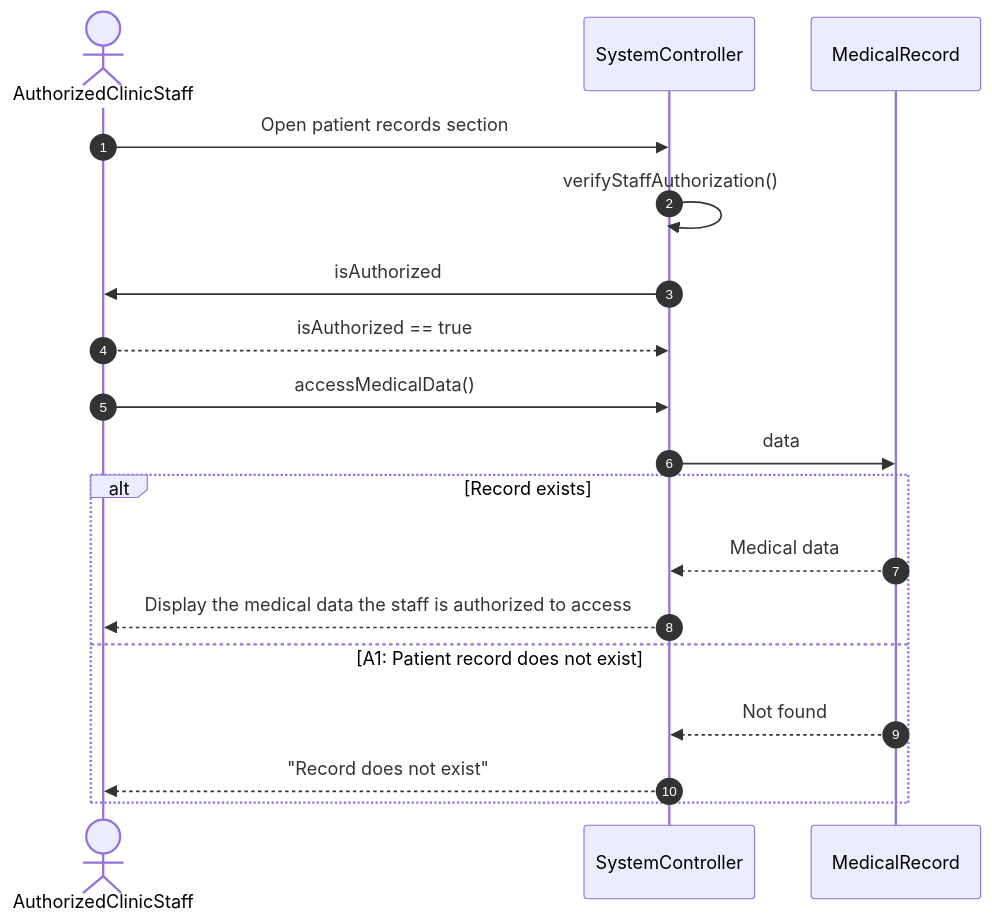
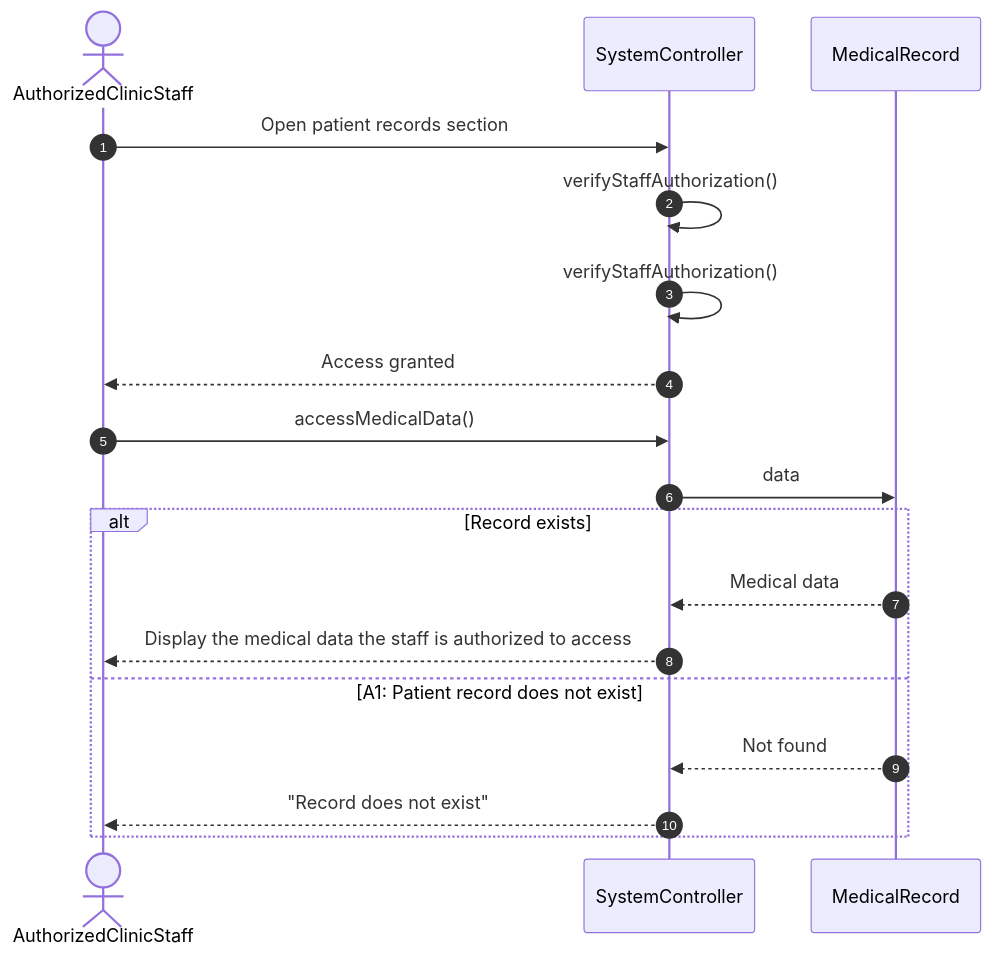
The fourth of 4 diagrams in sequence_diagrams .md (Ahmed7731/Clinic-Appointments-System), drawn with Mermaid before and after one commit. The commit also changed other lines of this file, not shown here.

Commit message:
Clarify availability check and authorization in diagram
Updated sequence diagram to clarify availability check and authorization response.

````diff
--- a/sequence_diagrams .md
+++ b/sequence_diagrams .md
@@ -98,21 +99,21 @@
 ```mermaid
 sequenceDiagram
     autonumber
     actor S as AuthorizedClinicStaff
     participant SC as SystemController
     participant M as MedicalRecord
 
     S->>SC: Open patient records section
     SC->>SC: verifyStaffAuthorization()
-    SC->>S: isAuthorized
-    S-->>SC: isAuthorized == true
+    SC->>SC: verifyStaffAuthorization()
+    SC-->>S: Access granted
     S->>SC: accessMedicalData()
     SC->>M: data
     alt Record exists
         M-->>SC: Medical data
         SC-->>S: Display the medical data the staff is authorized to access
     else A1: Patient record does not exist
         M-->>SC: Not found
         SC-->>S: "Record does not exist"
     end
 ```
````
